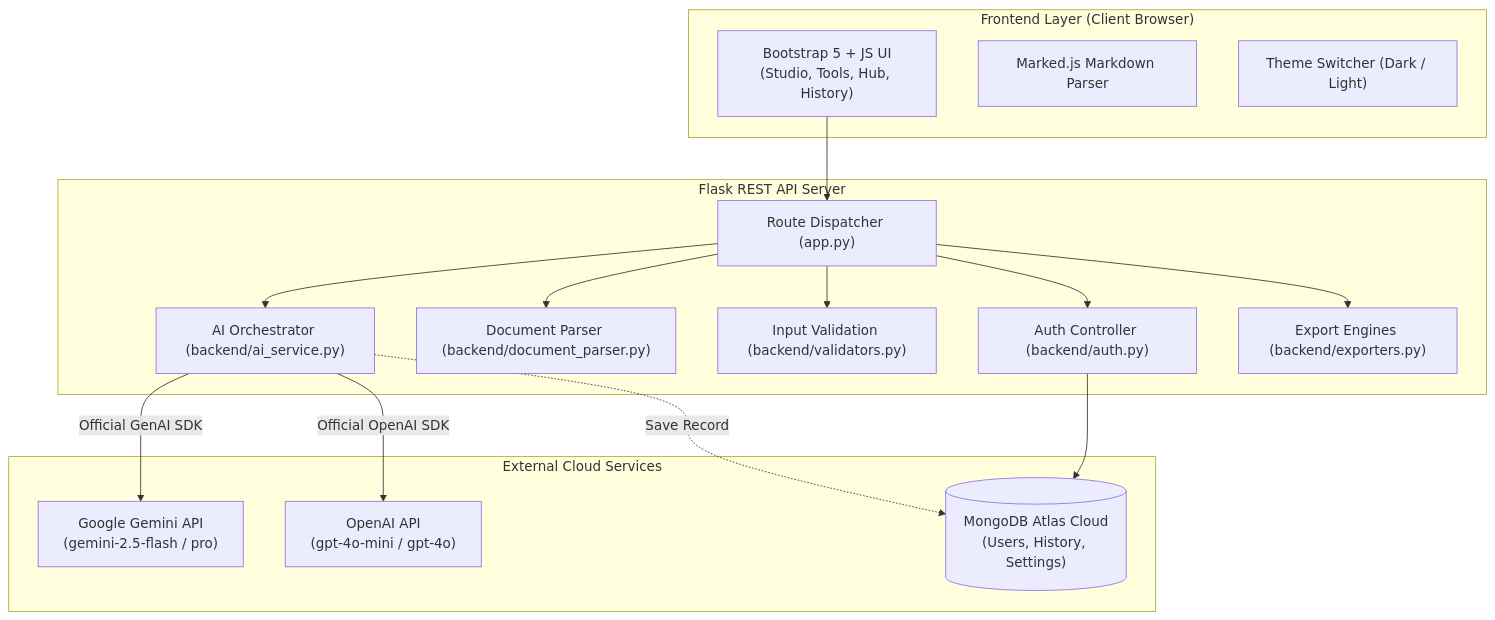
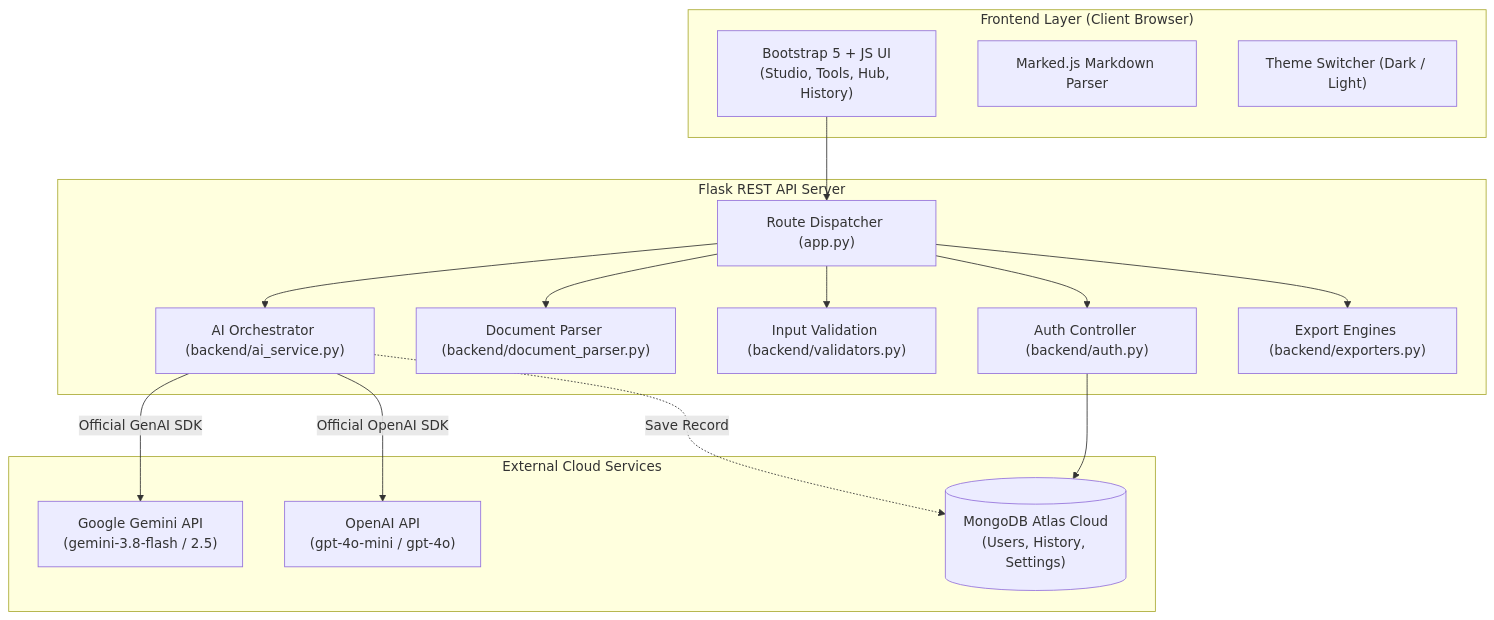
One commit to ajaykumar1812/genai-content-transformation changed the diagram in README.md. Above: the diagram before and after it, drawn with Mermaid. The commit also changed other lines of this file and 12 other files, not shown here.

Commit message:
Fix: Configure gemini-3.8-flash as default Gemini model, remove deprecated 1.5 models, update registries and tests

````diff
--- a/README.md
+++ b/README.md
@@ -127,35 +127,35 @@
 ```mermaid
 flowchart TD
     subgraph Client["Frontend Layer (Client Browser)"]
         UI["Bootstrap 5 + JS UI\n(Studio, Tools, Hub, History)"]
         Markdown["Marked.js Markdown Parser"]
         Theme["Theme Switcher (Dark / Light)"]
     end
 
     subgraph Backend["Flask REST API Server"]
         Router["Route Dispatcher (app.py)"]
         Auth["Auth Controller (backend/auth.py)"]
         DocParser["Document Parser (backend/document_parser.py)"]
         Validators["Input Validation (backend/validators.py)"]
         AIService["AI Orchestrator (backend/ai_service.py)"]
         Exporters["Export Engines (backend/exporters.py)"]
     end
 
     subgraph External["External Cloud Services"]
-        Gemini["Google Gemini API\n(gemini-2.5-flash / pro)"]
+        Gemini["Google Gemini API\n(gemini-3.8-flash / 2.5)"]
         OpenAI["OpenAI API\n(gpt-4o-mini / gpt-4o)"]
         Atlas[("MongoDB Atlas Cloud\n(Users, History, Settings)")]
     end
 
     UI --> Router
     Router --> Auth
     Router --> Validators
     Router --> DocParser
     Router --> AIService
     Router --> Exporters
 
     AIService -->|Official GenAI SDK| Gemini
     AIService -->|Official OpenAI SDK| OpenAI
     Auth --> Atlas
     AIService -.->|Save Record| Atlas
 ```
````
